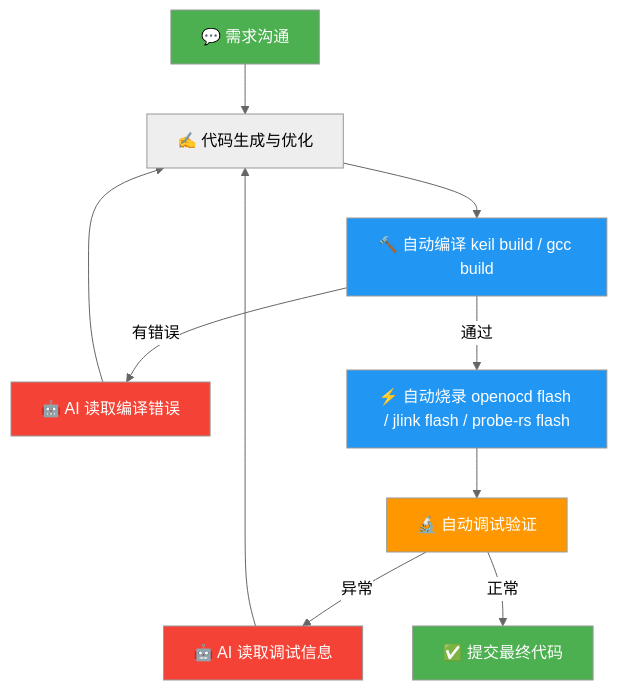
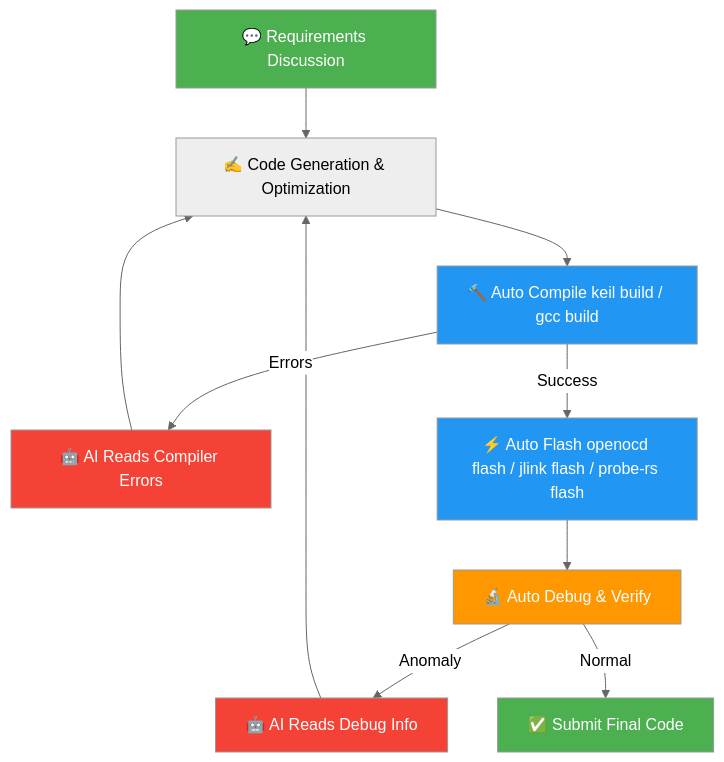
The diagram in README.md (showliu9876/embeddedskills), drawn with Mermaid (neutral theme) before and after one commit. The commit also changed other lines of this file and 5 other files, not shown here.

````diff
--- a/README.md
+++ b/README.md
@@ -34,20 +32,20 @@
 ```mermaid
 flowchart TD
-    A["💬 需求沟通"] --> B["✍️ 代码生成与优化"]
-    B --> C["🔨 自动编译 keil build / gcc build"]
-    C -->|有错误| D["🤖 AI 读取编译错误"]
+    A["💬 Requirements Discussion"] --> B["✍️ Code Generation & Optimization"]
+    B --> C["🔨 Auto Compile keil build / gcc build"]
+    C -->|Errors| D["🤖 AI Reads Compiler Errors"]
     D --> B
-    C -->|通过| E["⚡ 自动烧录 openоcd flash / jlink flash / probe-rs flash"]
-    E --> F["🔬 自动调试验证"]
-    F -->|异常| G["🤖 AI 读取调试信息"]
+    C -->|Success| E["⚡ Auto Flash openocd flash / jlink flash / probe-rs flash"]
+    E --> F["🔬 Auto Debug & Verify"]
+    F -->|Anomaly| G["🤖 AI Reads Debug Info"]
     G --> B
-    F -->|正常| H["✅ 提交最终代码"]
+    F -->|Normal| H["✅ Submit Final Code"]
 
     style A fill:#4CAF50,color:#fff
     style H fill:#4CAF50,color:#fff
     style C fill:#2196F3,color:#fff
     style E fill:#2196F3,color:#fff
     style F fill:#FF9800,color:#fff
     style D fill:#f44336,color:#fff
     style G fill:#f44336,color:#fff
 ```
````
